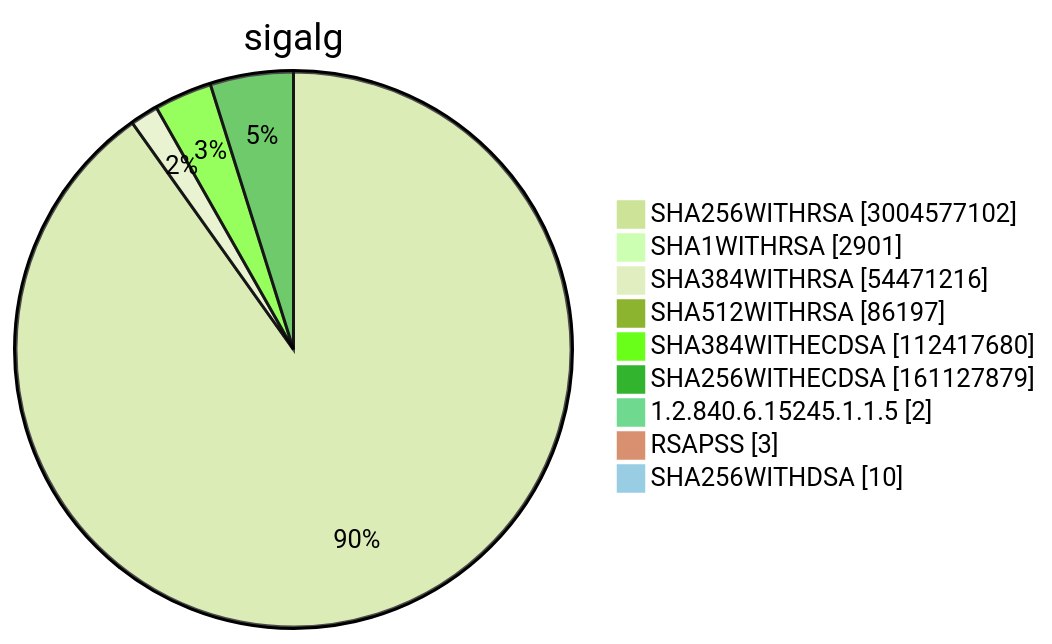
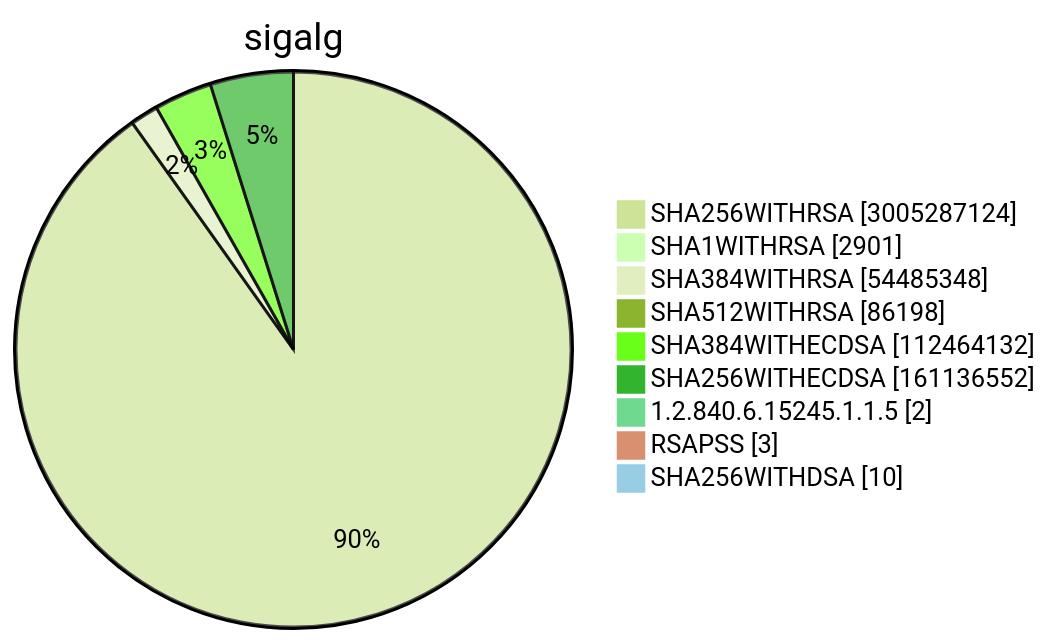
Diagram 15 of 15 in TOTAL/README.md (christiankrug/ctmonitor_visualization), drawn with Mermaid (forest theme) before and after one commit. The commit also changed other lines of this file, not shown here.

````diff
--- a/TOTAL/README.md
+++ b/TOTAL/README.md
@@ -6208,13 +6208,13 @@
 ```mermaid
 pie showData
 title sigalg
-"SHA256WITHRSA" :3004577102
+"SHA256WITHRSA" :3005287124
 "SHA1WITHRSA" :2901
-"SHA384WITHRSA" :54471216
-"SHA512WITHRSA" :86197
-"SHA384WITHECDSA" :112417680
-"SHA256WITHECDSA" :161127879
+"SHA384WITHRSA" :54485348
+"SHA512WITHRSA" :86198
+"SHA384WITHECDSA" :112464132
+"SHA256WITHECDSA" :161136552
 "1.2.840.6.15245.1.1.5" :2
 "RSAPSS" :3
 "SHA256WITHDSA" :10
 ```
````
